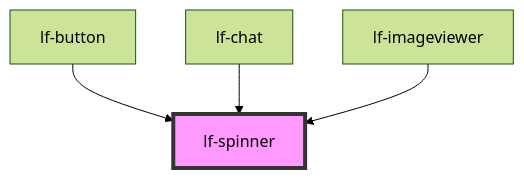
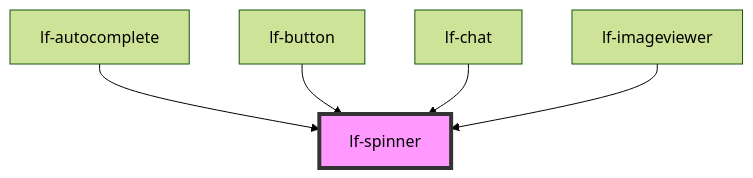
Before and after one commit to lucafoscili/lf-widgets: the diagram in packages/core/src/components/lf-spinner/readme.md, drawn with Mermaid (forest theme). The commit also changed other lines of this file and 10 other files, not shown here.

````diff
--- a/packages/core/src/components/lf-spinner/readme.md
+++ b/packages/core/src/components/lf-spinner/readme.md
@@ -111,7 +113,8 @@
 ```mermaid
 graph TD;
+  lf-autocomplete --> lf-spinner
   lf-button --> lf-spinner
   lf-chat --> lf-spinner
   lf-imageviewer --> lf-spinner
   style lf-spinner fill:#f9f,stroke:#333,stroke-width:4px
 ```
````
